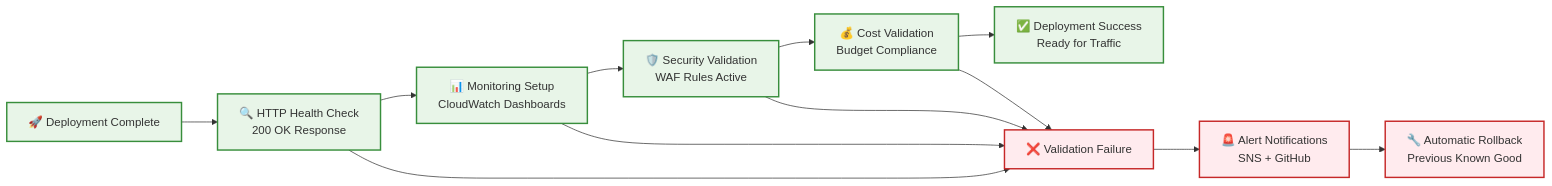
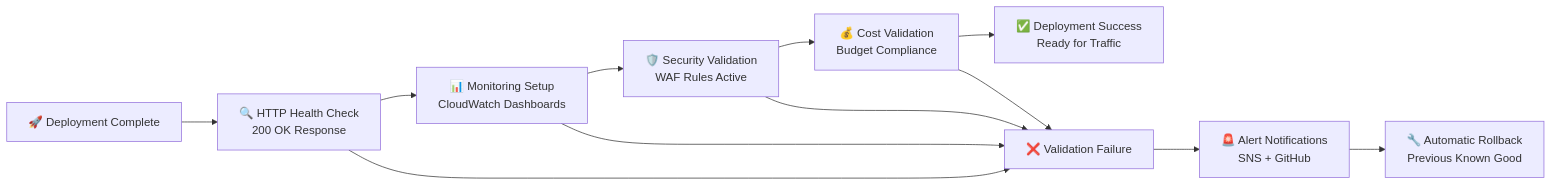
The fourth of 6 diagrams in docs/deployment.md (Celtikill/static-site), drawn with Mermaid before and after one commit. The commit also changed other lines of this file and 5 other files, not shown here.

````diff
--- a/docs/deployment.md
+++ b/docs/deployment.md
@@ -215,22 +197,18 @@
 ```mermaid
 graph LR
     A["🚀 Deployment Complete"] --> B["🔍 HTTP Health Check<br/>200 OK Response"]
     B --> C["📊 Monitoring Setup<br/>CloudWatch Dashboards"]
     C --> D["🛡️ Security Validation<br/>WAF Rules Active"]
     D --> E["💰 Cost Validation<br/>Budget Compliance"]
     E --> F["✅ Deployment Success<br/>Ready for Traffic"]
 
     G["❌ Validation Failure"] --> H["🚨 Alert Notifications<br/>SNS + GitHub"]
     H --> I["🔧 Automatic Rollback<br/>Previous Known Good"]
 
     B --> G
     C --> G
     D --> G
     E --> G
 
-    classDef successStyle fill:#e8f5e8,stroke:#388e3c,stroke-width:2px
-    classDef failStyle fill:#ffebee,stroke:#c62828,stroke-width:2px
 
-    class A,B,C,D,E,F successStyle
-    class G,H,I failStyle
 ```
````
